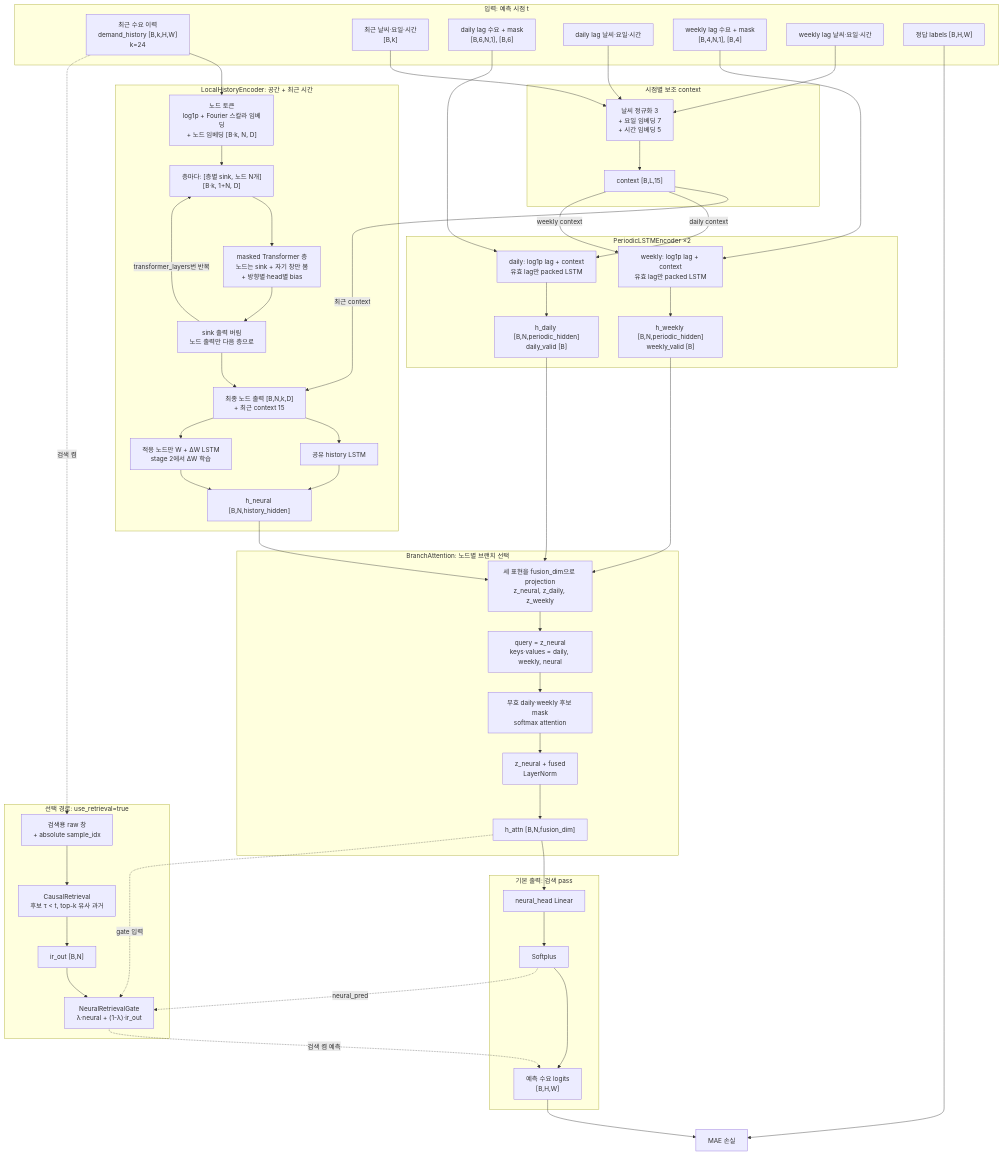
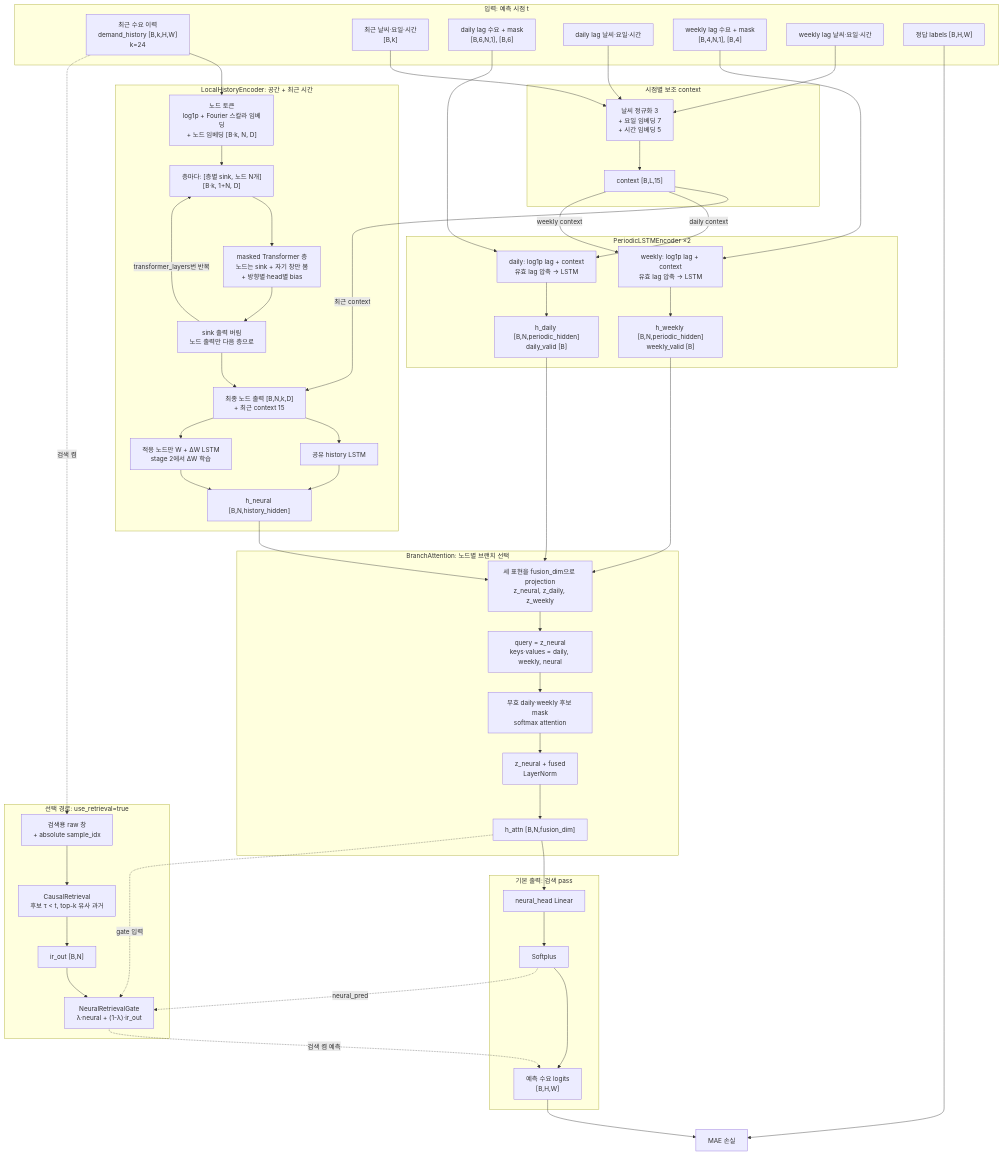
One commit to dev-jake-kim/demandprediction changed the diagram in docs/SPEC.md. Above: the diagram before and after it, drawn with Mermaid. The commit also changed other lines of this file and 1 other file, not shown here.

Commit message:
Remove host syncs from periodic LSTM encoder (gather last valid step instead of packing)

```diff
--- a/docs/SPEC.md
+++ b/docs/SPEC.md
@@ -68,8 +68,8 @@
     C2 -->|"최근 context"| L5
 
     subgraph PER["PeriodicLSTMEncoder ×2"]
-        P1["daily: log1p lag + context<br/>유효 lag만 packed LSTM"]
-        P2["weekly: log1p lag + context<br/>유효 lag만 packed LSTM"]
+        P1["daily: log1p lag + context<br/>유효 lag 압축 → LSTM"]
+        P2["weekly: log1p lag + context<br/>유효 lag 압축 → LSTM"]
         HD["h_daily [B,N,periodic_hidden]<br/>daily_valid [B]"]
         HW["h_weekly [B,N,periodic_hidden]<br/>weekly_valid [B]"]
         P1 --> HD
```
